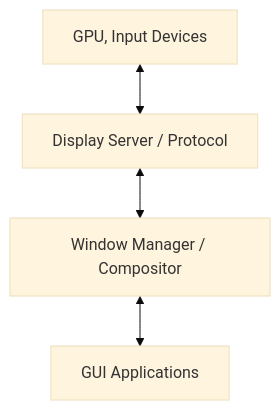
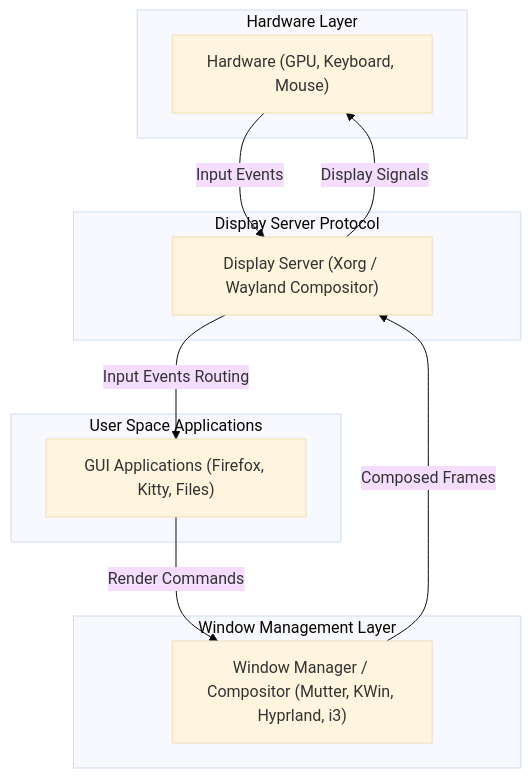
Before and after one commit to igor-kan/quarto-writing: the diagram in posts/linux-desktop-guide.qmd, drawn with Mermaid (base theme). The commit also changed other lines of this file, not shown here.

Commit message:
docs: use flowchart TD syntax and add embedded links to projects

````diff
--- a/posts/linux-desktop-guide.qmd
+++ b/posts/linux-desktop-guide.qmd
@@ -18,6 +20,21 @@
 ```mermaid
-graph TD
-    Hardware[GPU, Input Devices] <--> DisplayServer[Display Server / Protocol]
-    DisplayServer <--> WindowManager[Window Manager / Compositor]
-    WindowManager <--> Client[GUI Applications]
+flowchart TD
+    subgraph InputOutput [Hardware Layer]
+        Hardware["Hardware (GPU, Keyboard, Mouse)"]
+    end
+    subgraph ProtocolLayer [Display Server Protocol]
+        DisplayServer["Display Server (Xorg / Wayland Compositor)"]
+    end
+    subgraph WindowLayer [Window Management Layer]
+        WindowManager["Window Manager / Compositor (Mutter, KWin, Hyprland, i3)"]
+    end
+    subgraph AppLayer [User Space Applications]
+        Client["GUI Applications (Firefox, Kitty, Files)"]
+    end
+
+    Hardware -->|Input Events| DisplayServer
+    DisplayServer -->|Display Signals| Hardware
+    Client -->|Render Commands| WindowManager
+    WindowManager -->|Composed Frames| DisplayServer
+    DisplayServer -->|Input Events Routing| Client
 ```
````
